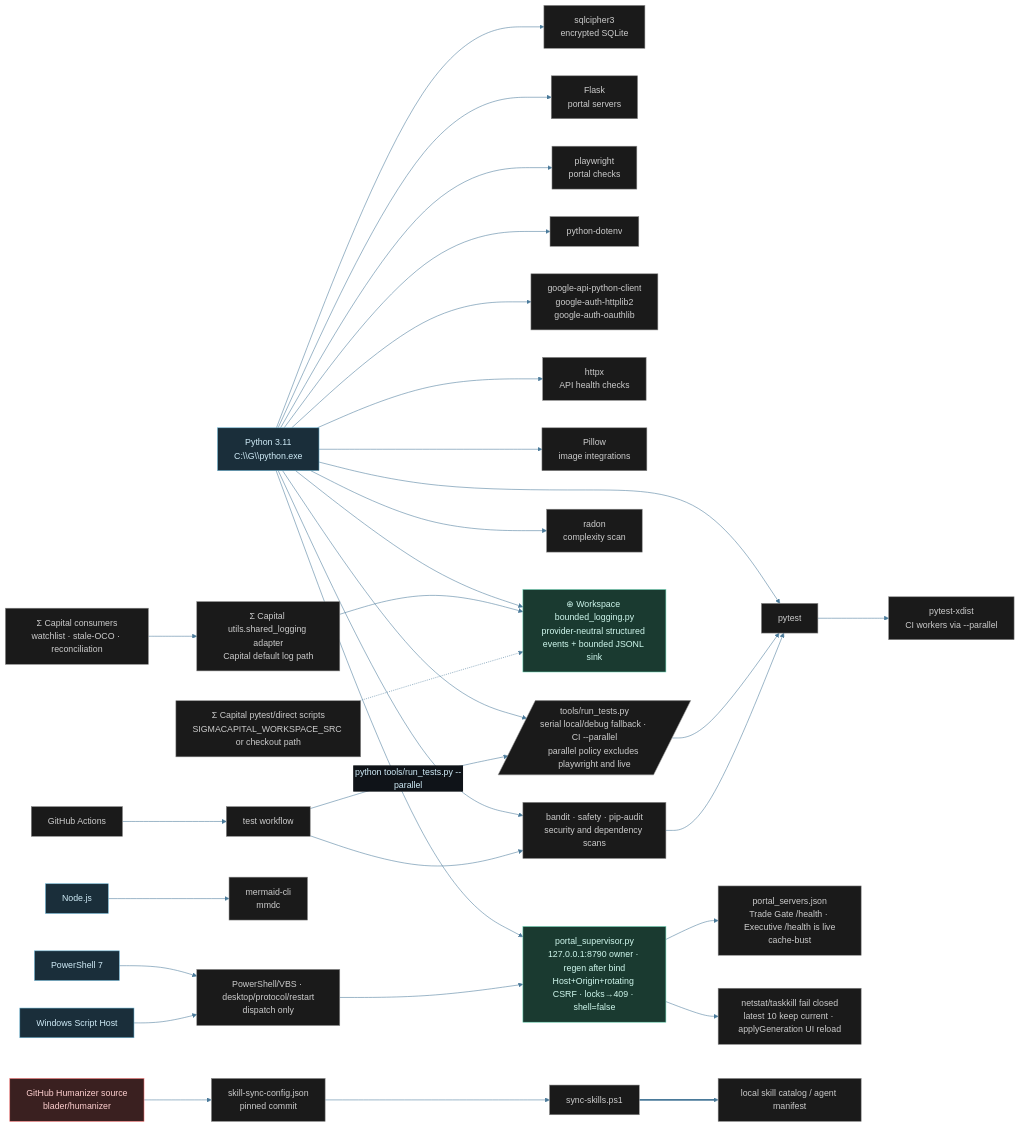
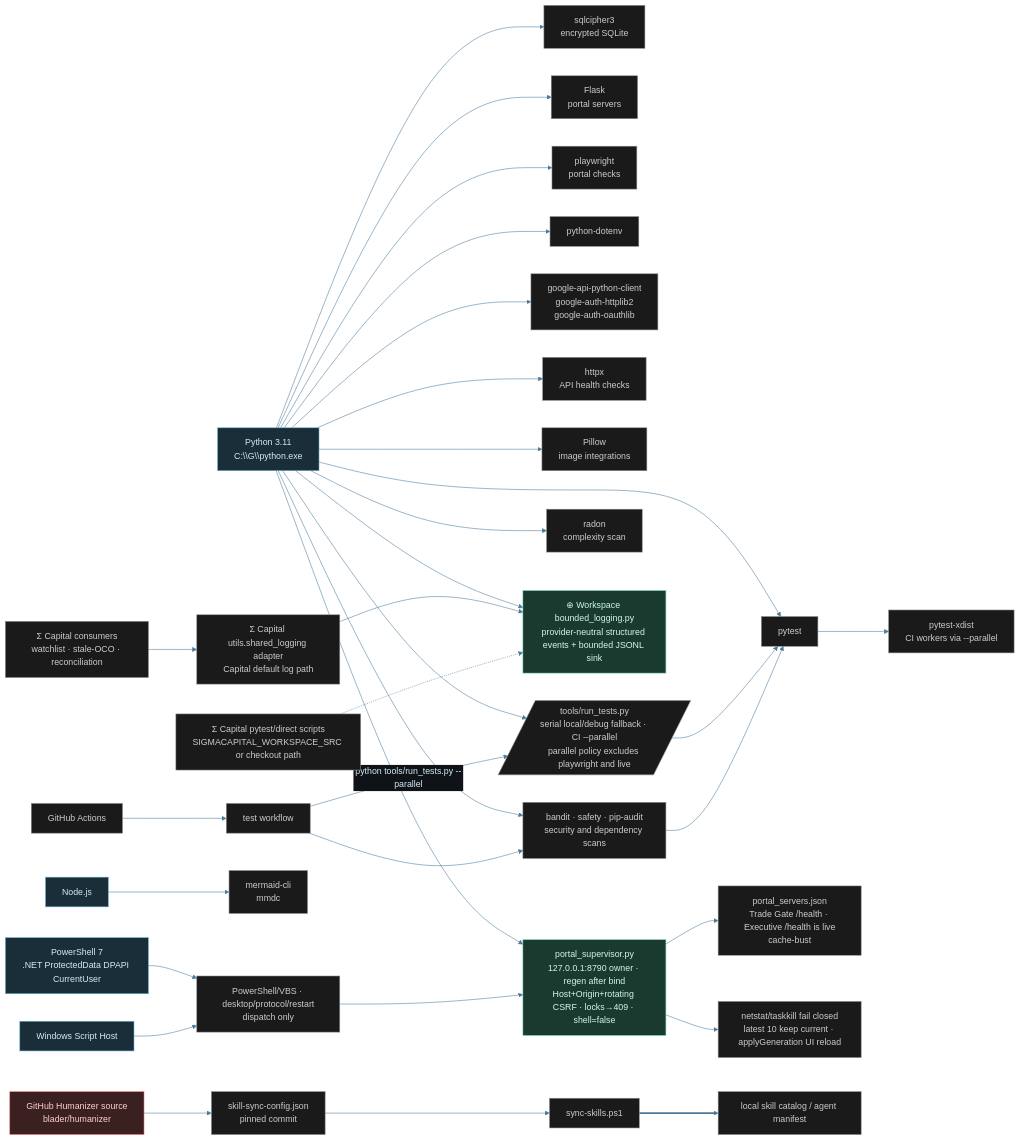
The diagram in diagrams/workspace-tech-stack.mmd (tylerdrakemusic/-Workspace), drawn with Mermaid before and after one commit. The commit also changed 11 other files, not shown here.

```diff
--- a/diagrams/workspace-tech-stack.mmd
+++ b/diagrams/workspace-tech-stack.mmd
@@ -1,50 +1,50 @@
 %%{init: {'theme': 'base', 'themeVariables': {'primaryColor': '#1a2e3a', 'primaryTextColor': '#d0ecf8', 'edgeLabelBackground': '#0f1318', 'lineColor': '#4a7a9a'}}}%%
 graph LR
     Python[Python 3.11<br/>C:\\G\\python.exe] --> SQLCipher[sqlcipher3<br/>encrypted SQLite]
     Python --> Pytest[pytest]
     Python --> Flask[Flask<br/>portal servers]
     Python --> Playwright[playwright<br/>portal checks]
     Python --> Dotenv[python-dotenv]
     Python --> GoogleAPI[google-api-python-client<br/>google-auth-httplib2<br/>google-auth-oauthlib]
     Python --> Httpx[httpx<br/>API health checks]
     Python --> Pillow[Pillow<br/>image integrations]
     Python --> SecurityTools[bandit · safety · pip-audit<br/>security and dependency scans]
     Python --> Radon[radon<br/>complexity scan]
     Python --> BoundedLogging[⊕ Workspace bounded_logging.py<br/>provider-neutral structured events + bounded JSONL sink]
     Python --> Supervisor[portal_supervisor.py<br/>127.0.0.1:8790 owner · regen after bind<br/>Host+Origin+rotating CSRF · locks→409 · shell=false]
     Supervisor --> ServiceConfig[portal_servers.json<br/>Trade Gate /health · Executive /health is live<br/>cache-bust]
     Supervisor --> WindowsProcess[netstat/taskkill fail closed<br/>latest 10 keep current · applyGeneration UI reload]
     ThinShims[PowerShell/VBS · desktop/protocol/restart<br/>dispatch only] --> Supervisor
-    PowerShell[PowerShell 7] --> ThinShims
+    PowerShell[PowerShell 7<br/>.NET ProtectedData DPAPI CurrentUser] --> ThinShims
     WindowsScript[Windows Script Host] --> ThinShims
     CapitalLoggingConsumers[Σ Capital consumers<br/>watchlist · stale-OCO · reconciliation] --> CapitalLoggingAdapter[Σ Capital utils.shared_logging adapter<br/>Capital default log path]
     CapitalLoggingAdapter --> BoundedLogging
     CapitalLoggingBootstrap[Σ Capital pytest/direct scripts<br/>SIGMACAPITAL_WORKSPACE_SRC or checkout path] -.-> BoundedLogging
     Python --> TestRunner[/tools/run_tests.py<br/>serial local/debug fallback · CI --parallel<br/>parallel policy excludes playwright and live/]
     TestRunner --> Pytest
     Pytest --> Xdist[pytest-xdist<br/>CI workers via --parallel]
     Node[Node.js] --> Mmdc[mermaid-cli<br/>mmdc]
     GitHub[GitHub Actions] --> CI_Tests[test workflow]
     CI_Tests --> SecurityTools --> Pytest
     CI_Tests -->|"python tools/run_tests.py --parallel"| TestRunner
     HumanizerSource[GitHub Humanizer source<br/>blader/humanizer] --> SkillSyncConfig[skill-sync-config.json<br/>pinned commit]
     SkillSyncConfig --> SkillSyncScript[sync-skills.ps1]
     SkillSyncScript ==> LocalSkillCatalog[local skill catalog / agent manifest]
     class Python,Node,PowerShell,WindowsScript lang
     class Supervisor,BoundedLogging ws
     class CapitalLoggingAdapter,CapitalLoggingConsumers,CapitalLoggingBootstrap tool
     class SQLCipher,Pytest,TestRunner,Xdist,Flask,Playwright,Dotenv,Mmdc,ThinShims,ServiceConfig,WindowsProcess,GitHub,CI_Tests,GoogleAPI,Httpx,Pillow,SecurityTools,Radon,SkillSyncConfig,SkillSyncScript,LocalSkillCatalog tool
     class HumanizerSource ext
 
 classDef life     fill:#1a2e3a,stroke:#6ab4d4,color:#d0ecf8
 classDef music    fill:#3a1a24,stroke:#d47a8f,color:#f8d0dc
 classDef quantum  fill:#251a3a,stroke:#a07adf,color:#e8d0f8
 classDef manifest fill:#3a2e1a,stroke:#d4a96a,color:#f8ead0
 classDef ws       fill:#1a3a30,stroke:#6ad4b4,color:#d0f8ee
 classDef tyler    fill:#2a1a3a,stroke:#9e4aff,color:#fff
 classDef orch     fill:#1a3a52,stroke:#4a9eff,color:#fff
 classDef ext      fill:#3a2020,stroke:#ff7a7a,color:#ffd0d0
 classDef db       fill:#3a3010,stroke:#d4c050,color:#f8f0c0
 classDef state    fill:#1a1a1a,stroke:#888888,color:#cccccc
 classDef lang     fill:#1a2e3a,stroke:#6ab4d4,color:#d0ecf8
 classDef tool     fill:#1a1a1a,stroke:#888888,color:#cccccc
```
